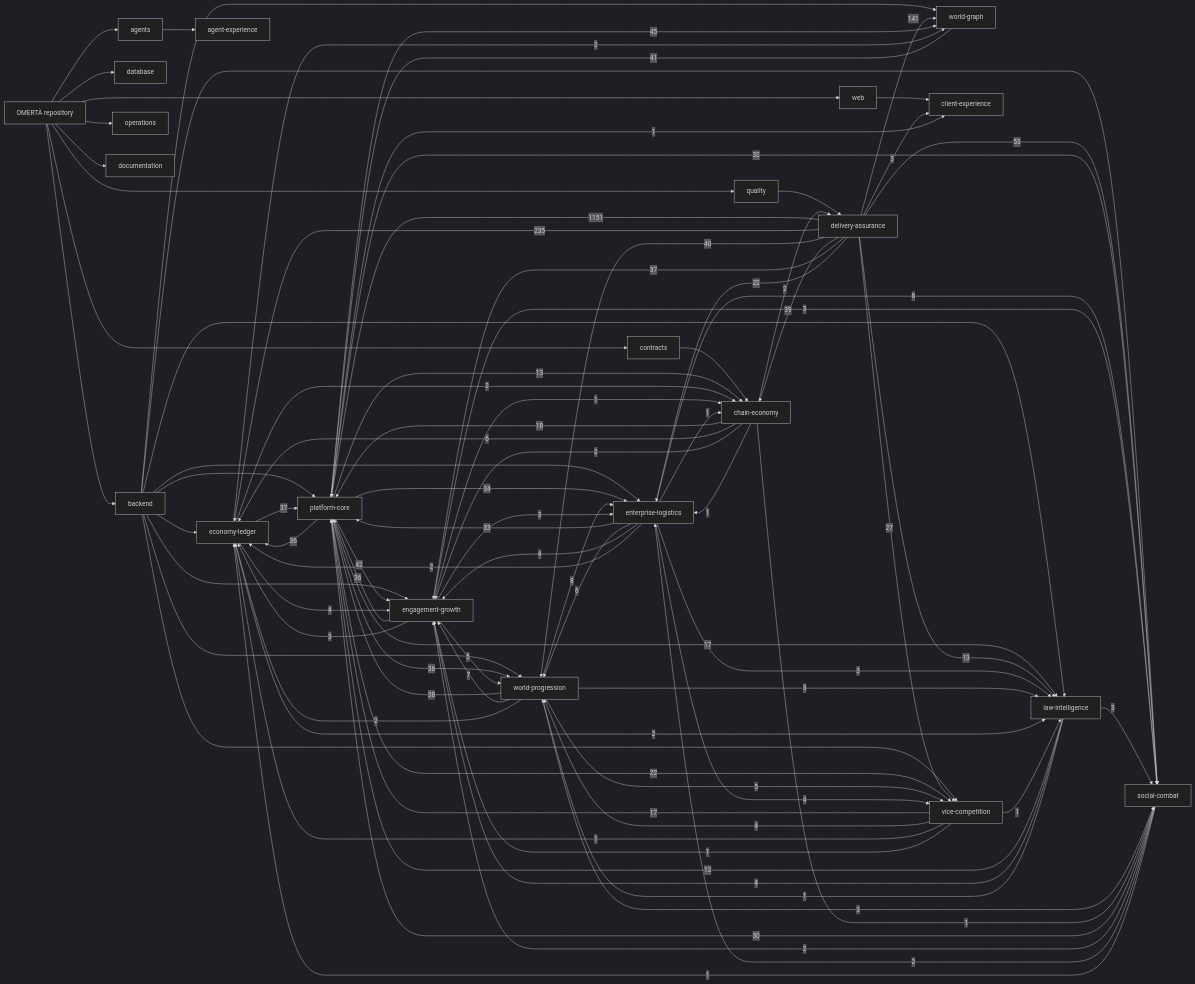
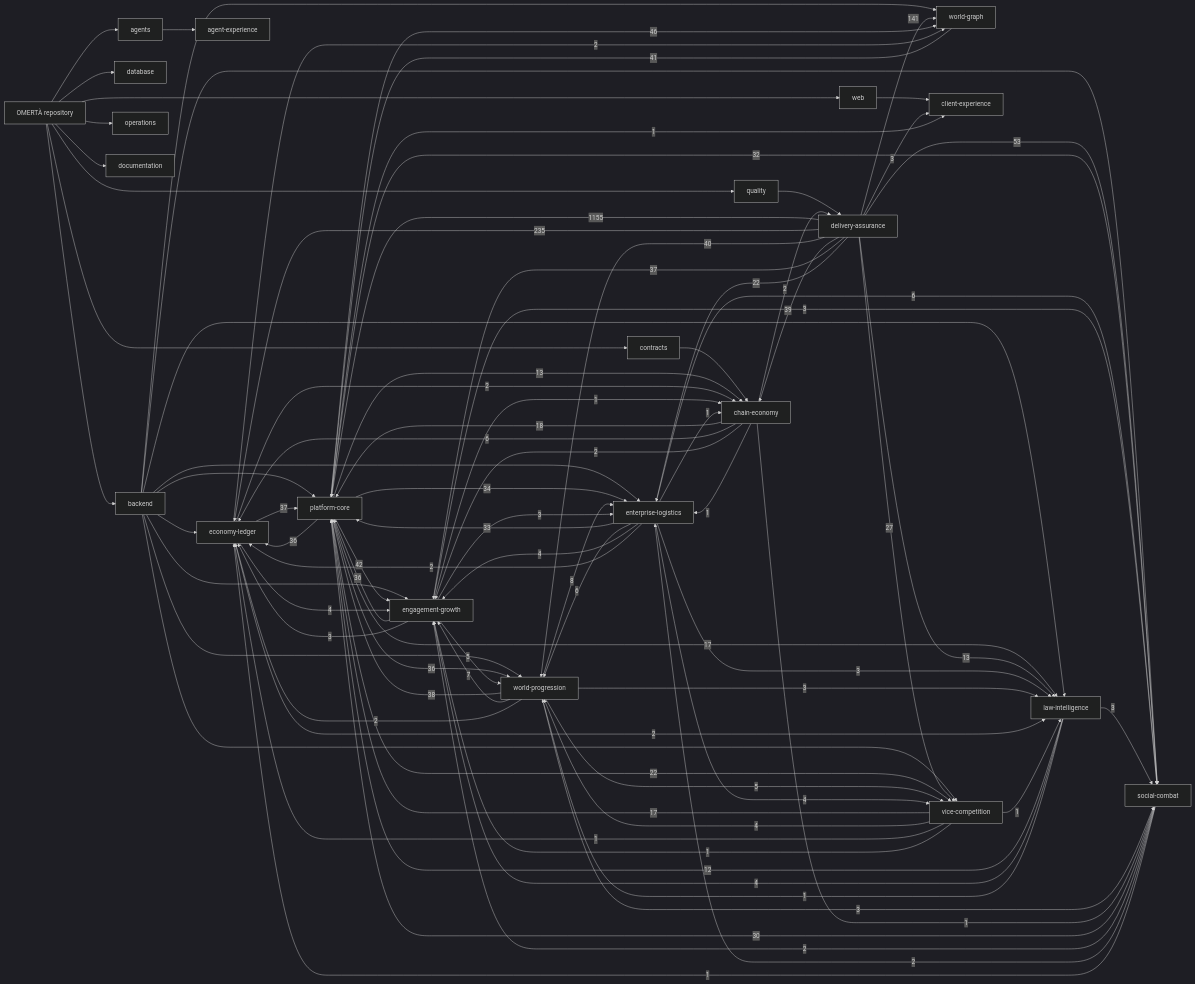
Before and after one commit to OmertaDev/Omerta: the diagram in knowledge/generated/graph.mmd, drawn with Mermaid (dark theme). The commit also changed 8 other files, not shown here.

```diff
--- a/knowledge/generated/graph.mmd
+++ b/knowledge/generated/graph.mmd
@@ -1,111 +1,111 @@
 flowchart LR
   repo["OMERTÀ repository"]
   sub_backend["backend"]
   repo --> sub_backend
   sub_database["database"]
   repo --> sub_database
   sub_web["web"]
   repo --> sub_web
   sub_contracts["contracts"]
   repo --> sub_contracts
   sub_agents["agents"]
   repo --> sub_agents
   sub_quality["quality"]
   repo --> sub_quality
   sub_operations["operations"]
   repo --> sub_operations
   sub_documentation["documentation"]
   repo --> sub_documentation
   dom_platform-core["platform-core"]
   dom_economy-ledger["economy-ledger"]
   dom_social-combat["social-combat"]
   dom_world-progression["world-progression"]
   dom_world-graph["world-graph"]
   dom_enterprise-logistics["enterprise-logistics"]
   dom_vice-competition["vice-competition"]
   dom_law-intelligence["law-intelligence"]
   dom_chain-economy["chain-economy"]
   dom_engagement-growth["engagement-growth"]
   dom_client-experience["client-experience"]
   dom_agent-experience["agent-experience"]
   dom_delivery-assurance["delivery-assurance"]
   sub_agents --> dom_agent-experience
   sub_backend --> dom_economy-ledger
   sub_backend --> dom_engagement-growth
   sub_backend --> dom_enterprise-logistics
   sub_backend --> dom_law-intelligence
   sub_backend --> dom_platform-core
   sub_backend --> dom_social-combat
   sub_backend --> dom_vice-competition
   sub_backend --> dom_world-graph
   sub_backend --> dom_world-progression
   sub_contracts --> dom_chain-economy
   sub_quality --> dom_delivery-assurance
   sub_web --> dom_client-experience
-  dom_delivery-assurance -->|1151| dom_platform-core
+  dom_delivery-assurance -->|1155| dom_platform-core
   dom_delivery-assurance -->|235| dom_economy-ledger
   dom_delivery-assurance -->|141| dom_world-graph
   dom_delivery-assurance -->|53| dom_social-combat
-  dom_platform-core -->|45| dom_world-graph
+  dom_platform-core -->|46| dom_world-graph
   dom_platform-core -->|42| dom_engagement-growth
   dom_world-graph -->|41| dom_platform-core
   dom_delivery-assurance -->|40| dom_world-progression
   dom_delivery-assurance -->|39| dom_chain-economy
   dom_world-progression -->|38| dom_platform-core
   dom_delivery-assurance -->|37| dom_engagement-growth
   dom_economy-ledger -->|37| dom_platform-core
   dom_engagement-growth -->|36| dom_platform-core
   dom_platform-core -->|36| dom_economy-ledger
   dom_platform-core -->|36| dom_world-progression
   dom_platform-core -->|34| dom_enterprise-logistics
   dom_enterprise-logistics -->|33| dom_platform-core
   dom_platform-core -->|32| dom_social-combat
   dom_social-combat -->|30| dom_platform-core
   dom_delivery-assurance -->|27| dom_vice-competition
   dom_delivery-assurance -->|22| dom_enterprise-logistics
   dom_platform-core -->|22| dom_vice-competition
   dom_chain-economy -->|18| dom_platform-core
   dom_platform-core -->|17| dom_law-intelligence
   dom_vice-competition -->|17| dom_platform-core
   dom_delivery-assurance -->|13| dom_law-intelligence
   dom_platform-core -->|13| dom_chain-economy
   dom_law-intelligence -->|12| dom_platform-core
   dom_world-progression -->|8| dom_enterprise-logistics
   dom_world-progression -->|7| dom_engagement-growth
   dom_chain-economy -->|6| dom_economy-ledger
   dom_enterprise-logistics -->|6| dom_social-combat
   dom_enterprise-logistics -->|6| dom_world-progression
   dom_engagement-growth -->|5| dom_world-progression
   dom_world-progression -->|5| dom_vice-competition
   dom_economy-ledger -->|4| dom_engagement-growth
   dom_enterprise-logistics -->|4| dom_engagement-growth
   dom_enterprise-logistics -->|4| dom_vice-competition
   dom_law-intelligence -->|4| dom_engagement-growth
   dom_vice-competition -->|4| dom_world-progression
   dom_delivery-assurance -->|3| dom_client-experience
   dom_engagement-growth -->|3| dom_economy-ledger
   dom_engagement-growth -->|3| dom_enterprise-logistics
   dom_engagement-growth -->|3| dom_social-combat
   dom_enterprise-logistics -->|3| dom_law-intelligence
   dom_law-intelligence -->|3| dom_social-combat
   dom_world-progression -->|3| dom_law-intelligence
   dom_world-progression -->|3| dom_social-combat
   dom_chain-economy -->|2| dom_delivery-assurance
   dom_chain-economy -->|2| dom_engagement-growth
   dom_economy-ledger -->|2| dom_chain-economy
   dom_economy-ledger -->|2| dom_law-intelligence
   dom_economy-ledger -->|2| dom_world-graph
   dom_enterprise-logistics -->|2| dom_economy-ledger
   dom_social-combat -->|2| dom_engagement-growth
   dom_social-combat -->|2| dom_enterprise-logistics
   dom_world-progression -->|2| dom_economy-ledger
   dom_chain-economy -->|1| dom_enterprise-logistics
   dom_chain-economy -->|1| dom_social-combat
   dom_engagement-growth -->|1| dom_chain-economy
   dom_enterprise-logistics -->|1| dom_chain-economy
   dom_law-intelligence -->|1| dom_world-progression
   dom_platform-core -->|1| dom_client-experience
   dom_social-combat -->|1| dom_economy-ledger
   dom_vice-competition -->|1| dom_economy-ledger
   dom_vice-competition -->|1| dom_engagement-growth
   dom_vice-competition -->|1| dom_law-intelligence
```
